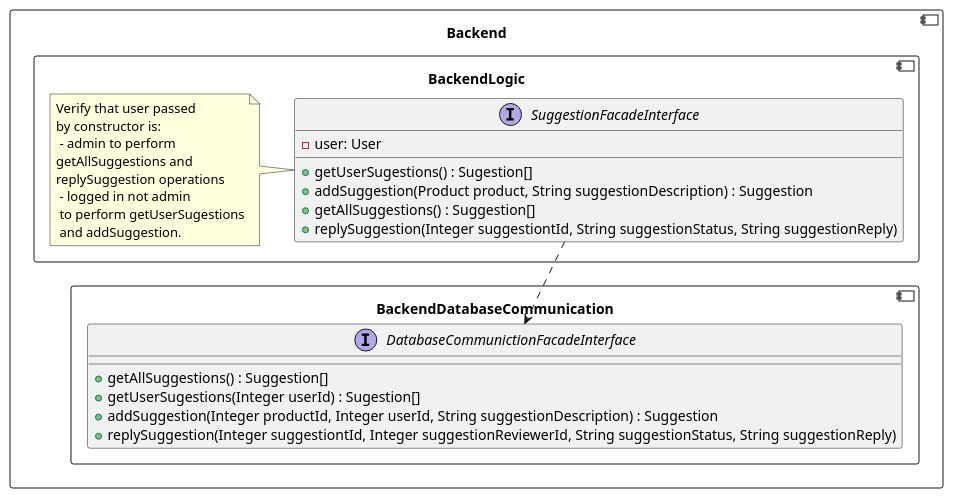
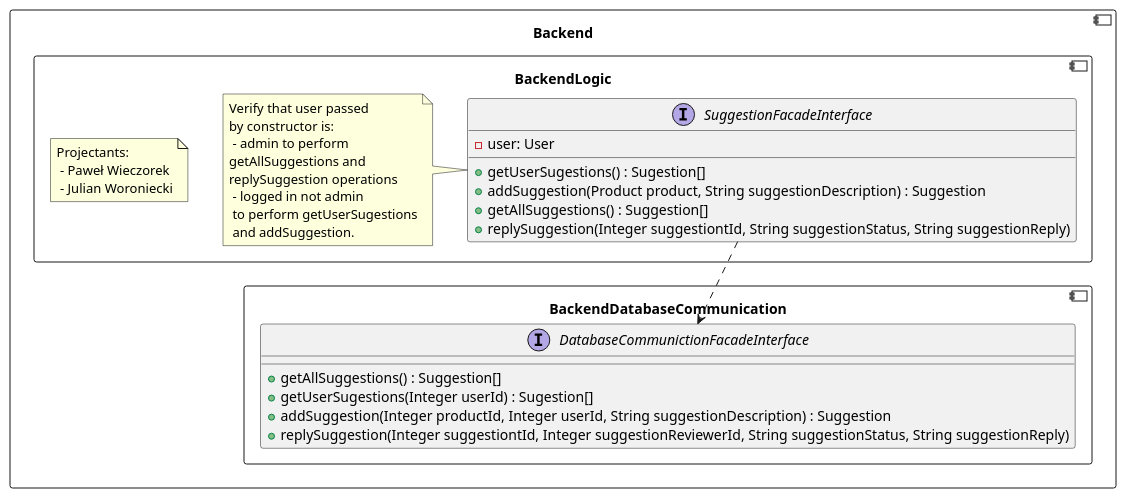
Before and after one commit to RadekBucki/OpinionCollectorArchitecture: the fourth of 5 diagrams in backend/BackendLogic.md, drawn with PlantUML. The commit also changed other lines of this file and 1 other file, not shown here.

Commit message:
Add authors

````diff
--- a/backend/BackendLogic.md
+++ b/backend/BackendLogic.md
@@ -125,36 +137,42 @@
 ```plantuml
 @startuml
 component Backend {
     component BackendDatabaseCommunication {
         interface DatabaseCommunictionFacadeInterface {
             + getAllSuggestions() : Suggestion[]
             + getUserSugestions(Integer userId) : Sugestion[]
             + addSuggestion(Integer productId, Integer userId, String suggestionDescription) : Suggestion
             + replySuggestion(Integer suggestiontId, Integer suggestionReviewerId, String suggestionStatus, String suggestionReply)
         }
     }
     
     component BackendLogic {
+        note as Authors
+            Projectants: 
+             - Paweł Wieczorek
+             - Julian Woroniecki
+        endnote
+        
         SuggestionFacadeInterface  ..> DatabaseCommunictionFacadeInterface
         interface SuggestionFacadeInterface {
             - user: User
             + getUserSugestions() : Sugestion[]
             + addSuggestion(Product product, String suggestionDescription) : Suggestion
             + getAllSuggestions() : Suggestion[]
             + replySuggestion(Integer suggestiontId, String suggestionStatus, String suggestionReply)
         }
     
         note left of SuggestionFacadeInterface
             Verify that user passed
             by constructor is:
              - admin to perform 
             getAllSuggestions and
             replySuggestion operations
              - logged in not admin
              to perform getUserSugestions
              and addSuggestion.
         endnote
     }
 }
 @enduml 
 ```
````
